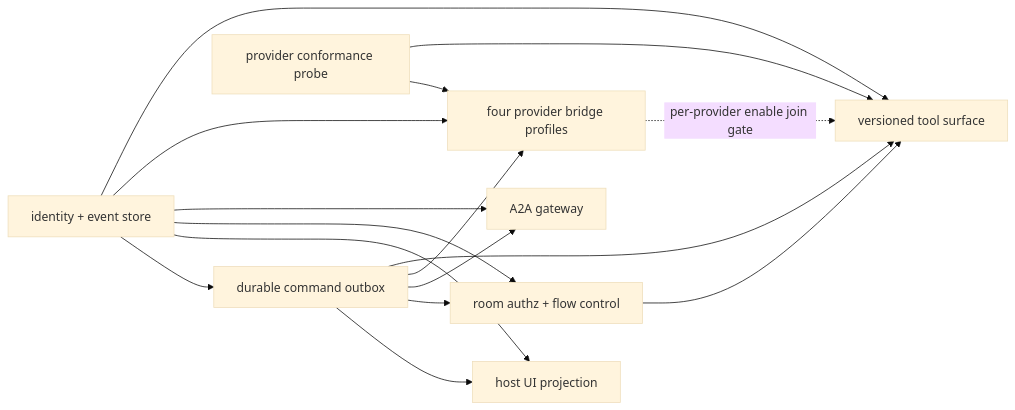
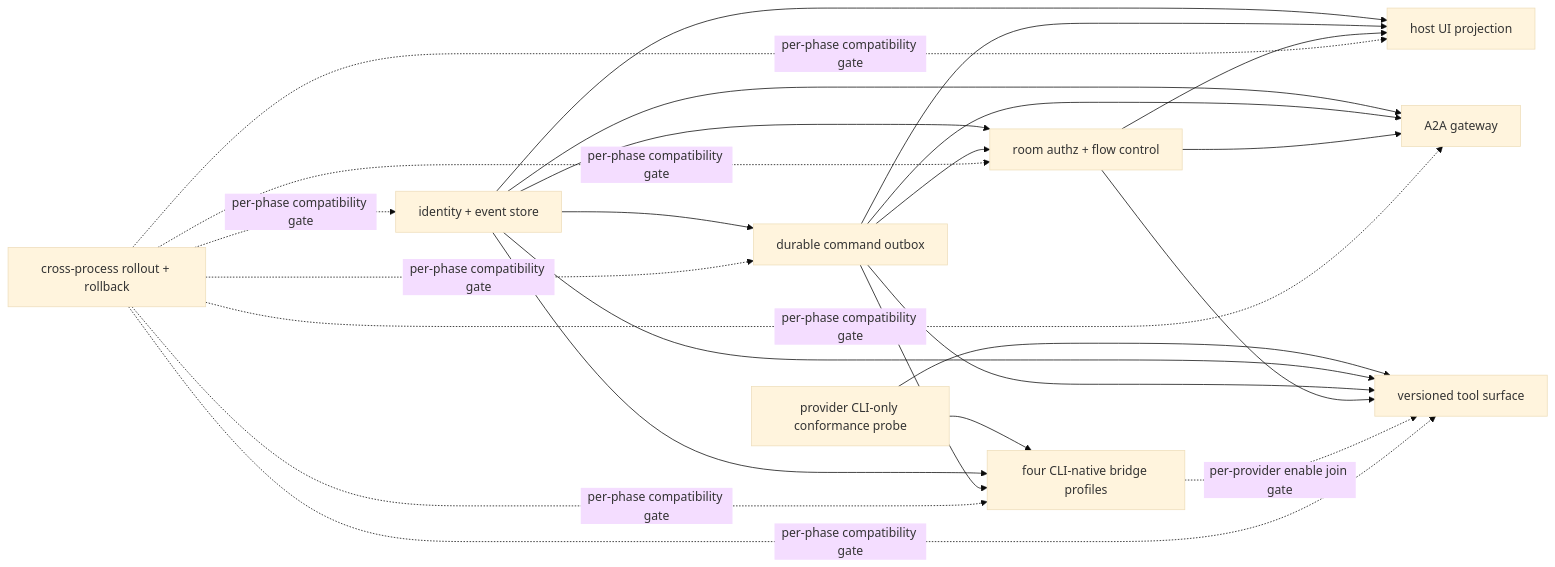
Before and after one commit to lihah111222333-cloud/Super-Dolphin-Agent-Cockpit: the second of 2 diagrams in docs/superpowers/specs/2026-07-11-unified-native-subagent-control-plane-design.md, drawn with Mermaid (base theme). The commit also changed other lines of this file and 1 other file, not shown here.

Commit message:
docs: 收紧统一 Subagent 控制面为 CLI-only

````diff
--- a/docs/superpowers/specs/2026-07-11-unified-native-subagent-control-plane-design.md
+++ b/docs/superpowers/specs/2026-07-11-unified-native-subagent-control-plane-design.md
@@ -855,20 +1235,31 @@
 ```mermaid
 flowchart LR
     ID["identity + event store"] --> OUT["durable command outbox"]
     ID --> UI["host UI projection"]
     OUT --> UI
+    ROOM --> UI
     ID --> ROOM["room authz + flow control"]
     OUT --> ROOM
     ID --> A2A["A2A gateway"]
     OUT --> A2A
+    ROOM --> A2A
 
-    PROBE["provider conformance probe"] --> BRIDGE["four provider bridge profiles"]
+    PROBE["provider CLI-only conformance probe"] --> BRIDGE["four CLI-native bridge profiles"]
     ID --> BRIDGE
     OUT --> BRIDGE
 
     PROBE --> TOOLS["versioned tool surface"]
     ID --> TOOLS
     OUT --> TOOLS
     ROOM --> TOOLS
     BRIDGE -. "per-provider enable join gate" .-> TOOLS
+
+    ROLLOUT["cross-process rollout + rollback"]
+    ROLLOUT -. "per-phase compatibility gate" .-> ID
+    ROLLOUT -. "per-phase compatibility gate" .-> OUT
+    ROLLOUT -. "per-phase compatibility gate" .-> BRIDGE
+    ROLLOUT -. "per-phase compatibility gate" .-> TOOLS
+    ROLLOUT -. "per-phase compatibility gate" .-> ROOM
+    ROLLOUT -. "per-phase compatibility gate" .-> UI
+    ROLLOUT -. "per-phase compatibility gate" .-> A2A
 ```
````
